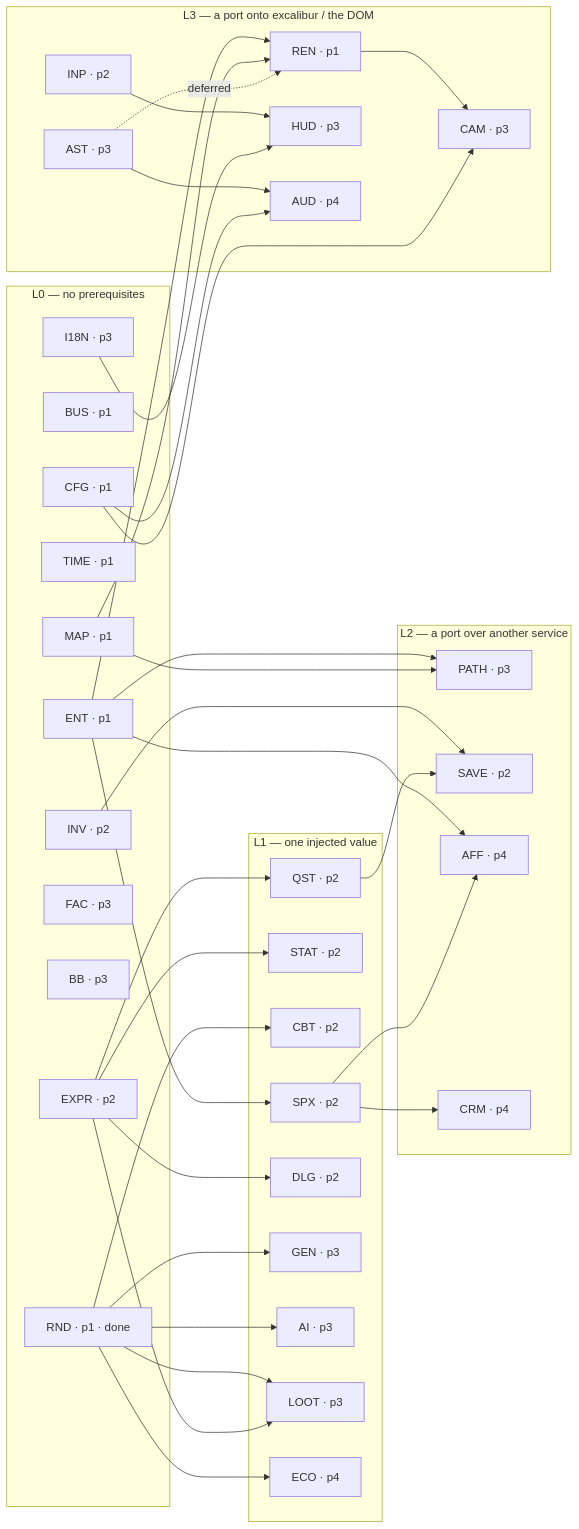
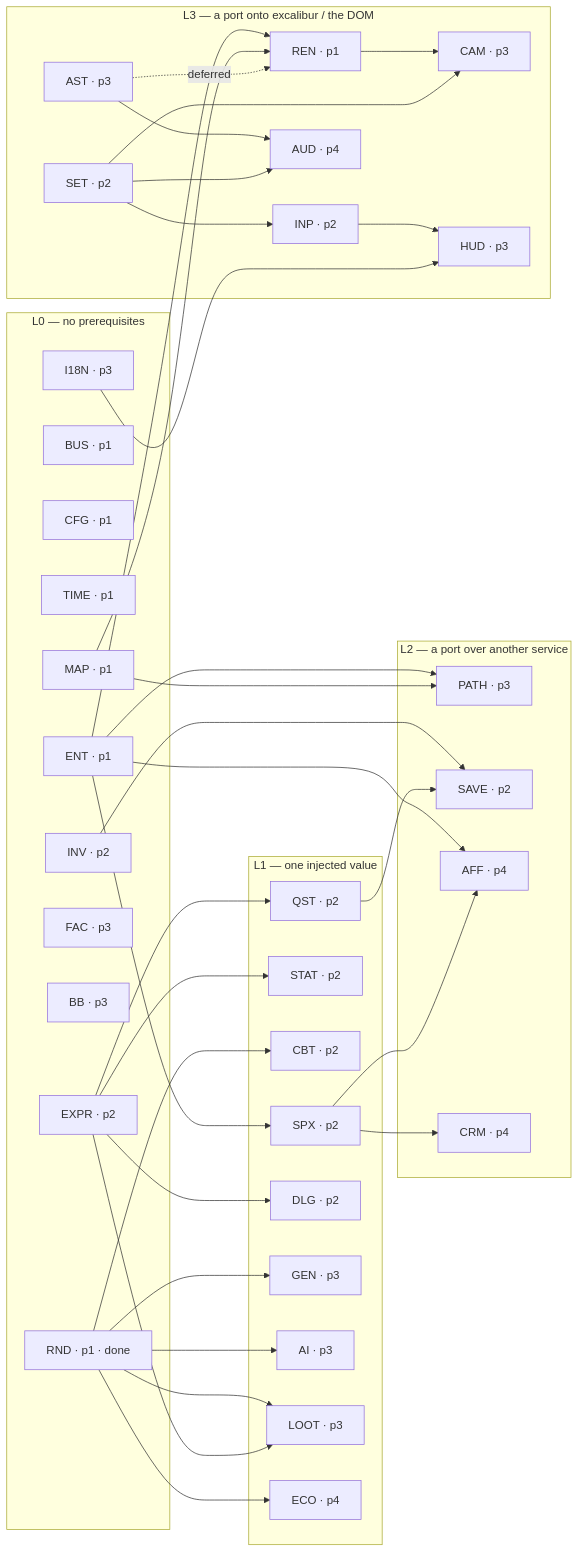
The second of 2 diagrams in docs/REQUIREMENTS.md (denetor/rpgengine), drawn with Mermaid before and after one commit. The commit also changed other lines of this file and 14 other files, not shown here.

````diff
--- a/docs/REQUIREMENTS.md
+++ b/docs/REQUIREMENTS.md
@@ -460,71 +471,73 @@
 ```mermaid
 flowchart LR
     subgraph L0["L0 — no prerequisites"]
         RND["RND · p1 · done"]
         BUS["BUS · p1"]
         CFG["CFG · p1"]
         TIME["TIME · p1"]
         MAP["MAP · p1"]
         ENT["ENT · p1"]
         INV["INV · p2"]
         FAC["FAC · p3"]
         BB["BB · p3"]
         I18N["I18N · p3"]
         EXPR["EXPR · p2"]
     end
 
     subgraph L1["L1 — one injected value"]
         SPX["SPX · p2"]
         STAT["STAT · p2"]
         CBT["CBT · p2"]
         QST["QST · p2"]
         DLG["DLG · p2"]
         GEN["GEN · p3"]
         AI["AI · p3"]
         LOOT["LOOT · p3"]
         ECO["ECO · p4"]
     end
 
     subgraph L2["L2 — a port over another service"]
         PATH["PATH · p3"]
         SAVE["SAVE · p2"]
         AFF["AFF · p4"]
         CRM["CRM · p4"]
     end
 
     subgraph L3["L3 — a port onto excalibur / the DOM"]
         INP["INP · p2"]
+        SET["SET · p2"]
         AST["AST · p3"]
         REN["REN · p1"]
         CAM["CAM · p3"]
         HUD["HUD · p3"]
         AUD["AUD · p4"]
     end
 
     RND --> CBT
     RND --> GEN
     RND --> AI
     RND --> LOOT
     RND --> ECO
     EXPR --> STAT
     EXPR --> QST
     EXPR --> DLG
     EXPR --> LOOT
     ENT --> SPX
     ENT --> PATH
     MAP --> PATH
     ENT --> AFF
     SPX --> AFF
     SPX --> CRM
     INV --> SAVE
     QST --> SAVE
     ENT --> REN
     MAP --> REN
     REN --> CAM
-    CFG --> CAM
+    SET --> CAM
+    SET --> INP
     INP --> HUD
     I18N --> HUD
     AST --> AUD
-    CFG --> AUD
+    SET --> AUD
     AST -.deferred.-> REN
 ```
````
